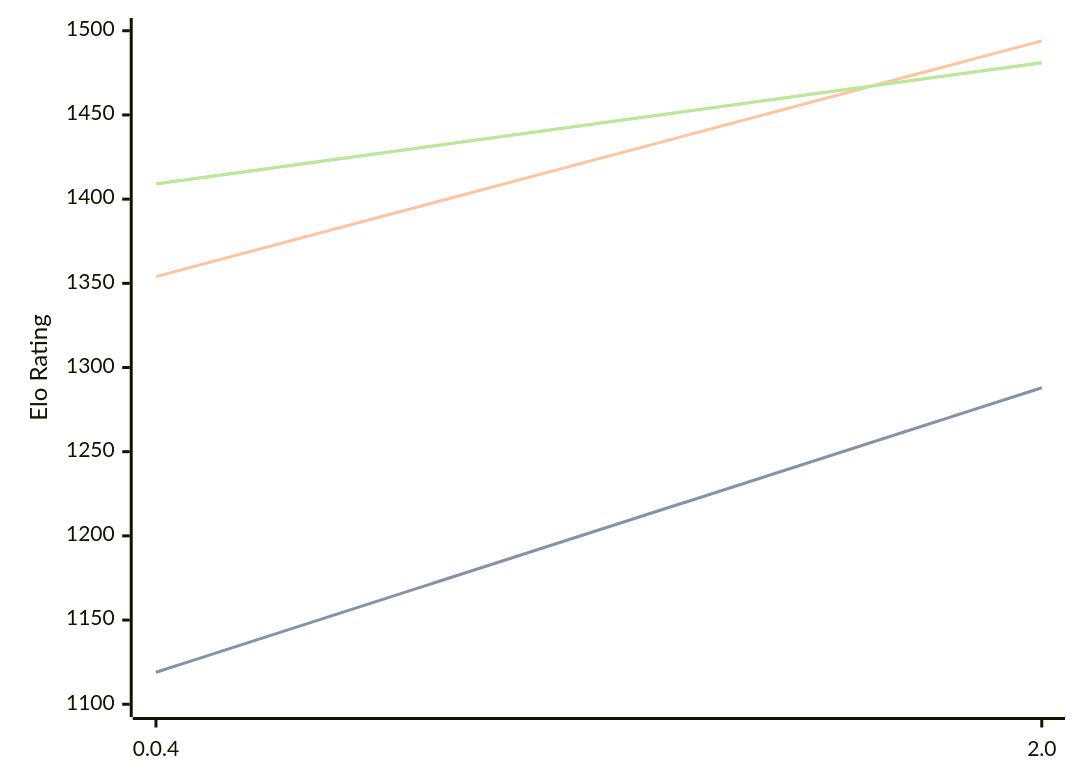
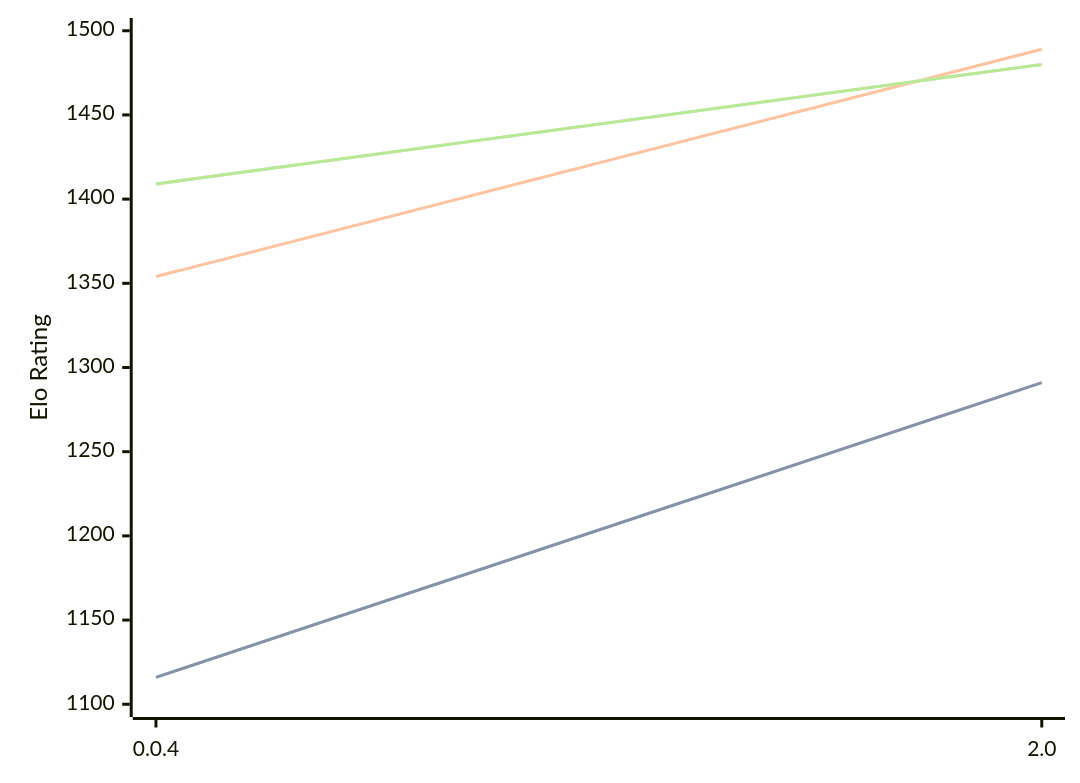
One commit to computer-chess-index/cci changed the diagram in engines/Oops!Mate.md. Above: the diagram before and after it, drawn with Mermaid. The commit also changed other lines of this file, not shown here.

Commit message:
Update CCI Ratings (ELO VLTC) - 2026-03-23

````diff
--- a/engines/Oops!Mate.md
+++ b/engines/Oops!Mate.md
@@ -51,11 +51,11 @@
 ```mermaid
 %%{init: {"theme":"base","themeVariables":{"seriesColors:['#a3a3a3','#222221','#faa371']}}}%%
 xychart-beta
   x-axis ["0.0.4", "2.0"]
   y-axis "Elo Rating" 1100 --> 1500
-  line "STC (8.0+0.08s)" [1119, 1288]
-  line "STC (8.0+0.08s)" [1119, 1288]
-  line "LTC (60.0+0.60s)" [1354, 1494]
-  line "VLTC (2m24s+1.12s)" [1409, 1481]
-  line "VLTC (2m24s+1.12s)" [1409, 1481]
+  line "STC (8.0+0.08s)" [1116, 1291]
+  line "STC (8.0+0.08s)" [1116, 1291]
+  line "LTC (60.0+0.60s)" [1354, 1489]
+  line "VLTC (2m24s+1.12s)" [1409, 1480]
+  line "VLTC (2m24s+1.12s)" [1409, 1480]
 ```
````
